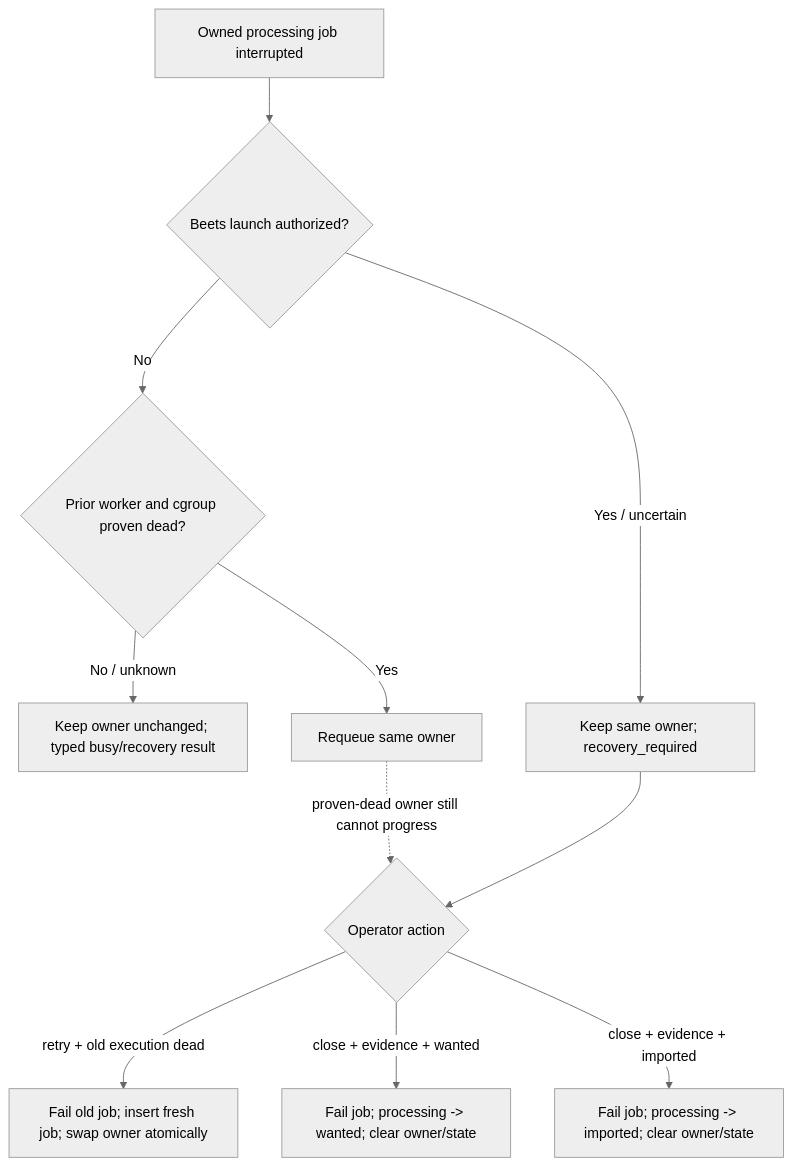
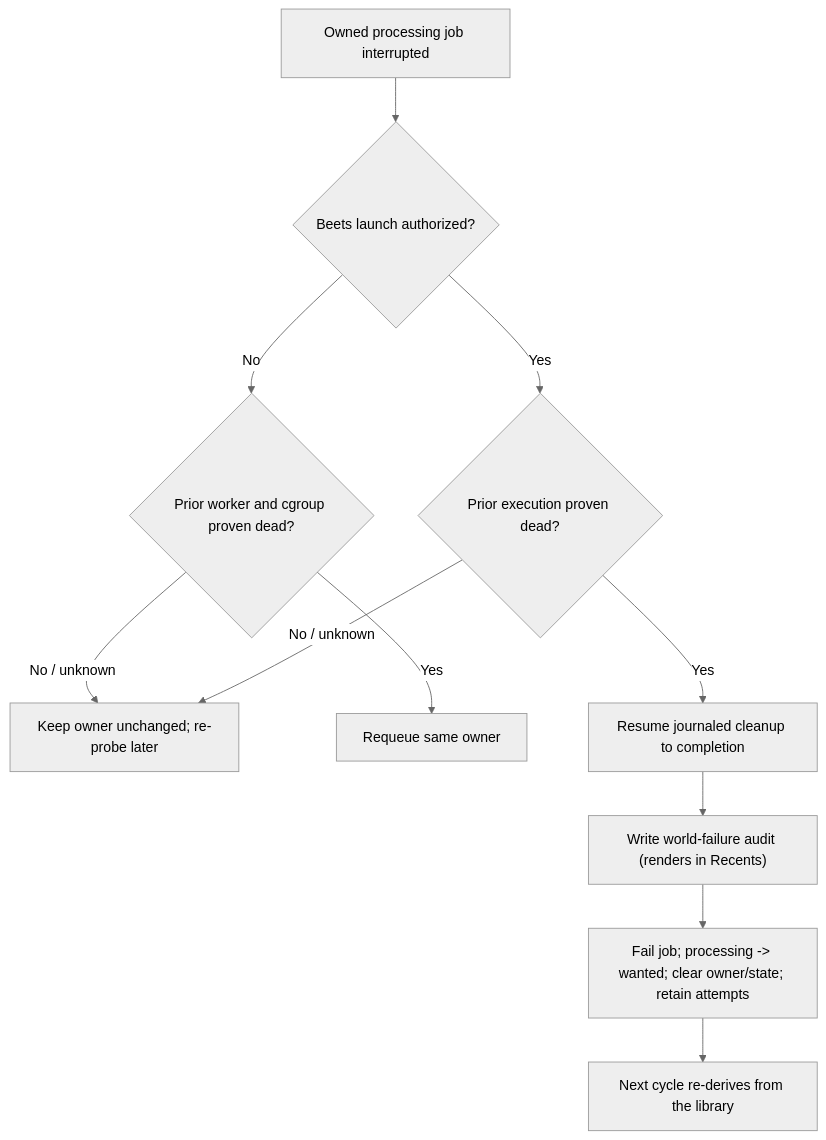
The third of 3 diagrams in docs/plans/2026-07-29-001-fix-processing-lifecycle-ownership-plan.md (abl030/cratedigger), drawn with Mermaid (neutral theme) before and after one commit. The commit also changed other lines of this file and 9 other files, not shown here.

````diff
--- a/docs/plans/2026-07-29-001-fix-processing-lifecycle-ownership-plan.md
+++ b/docs/plans/2026-07-29-001-fix-processing-lifecycle-ownership-plan.md
@@ -676,13 +775,13 @@
 ```mermaid
 flowchart TD
     C["Owned processing job interrupted"] --> L{"Beets launch authorized?"}
     L -->|"No"| D{"Prior worker and cgroup proven dead?"}
-    D -->|"No / unknown"| H["Keep owner unchanged; typed busy/recovery result"]
+    D -->|"No / unknown"| H["Keep owner unchanged; re-probe later"]
     D -->|"Yes"| Q["Requeue same owner"]
-    L -->|"Yes / uncertain"| R["Keep same owner; recovery_required"]
-    R --> O{"Operator action"}
-    Q -.->|"proven-dead owner still cannot progress"| O
-    O -->|"retry + old execution dead"| S["Fail old job; insert fresh job; swap owner atomically"]
-    O -->|"close + evidence + wanted"| W["Fail job; processing -> wanted; clear owner/state"]
-    O -->|"close + evidence + imported"| I["Fail job; processing -> imported; clear owner/state"]
+    L -->|"Yes"| P{"Prior execution proven dead?"}
+    P -->|"No / unknown"| H
+    P -->|"Yes"| R["Resume journaled cleanup to completion"]
+    R --> A["Write world-failure audit (renders in Recents)"]
+    A --> W["Fail job; processing -> wanted; clear owner/state; retain attempts"]
+    W --> N["Next cycle re-derives from the library"]
 ```
````
